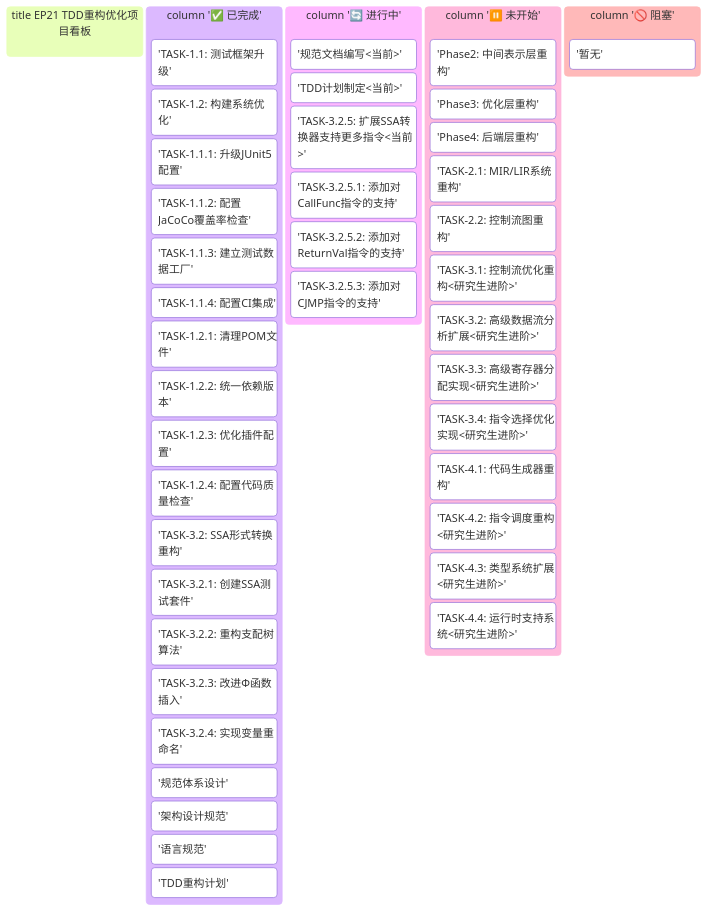
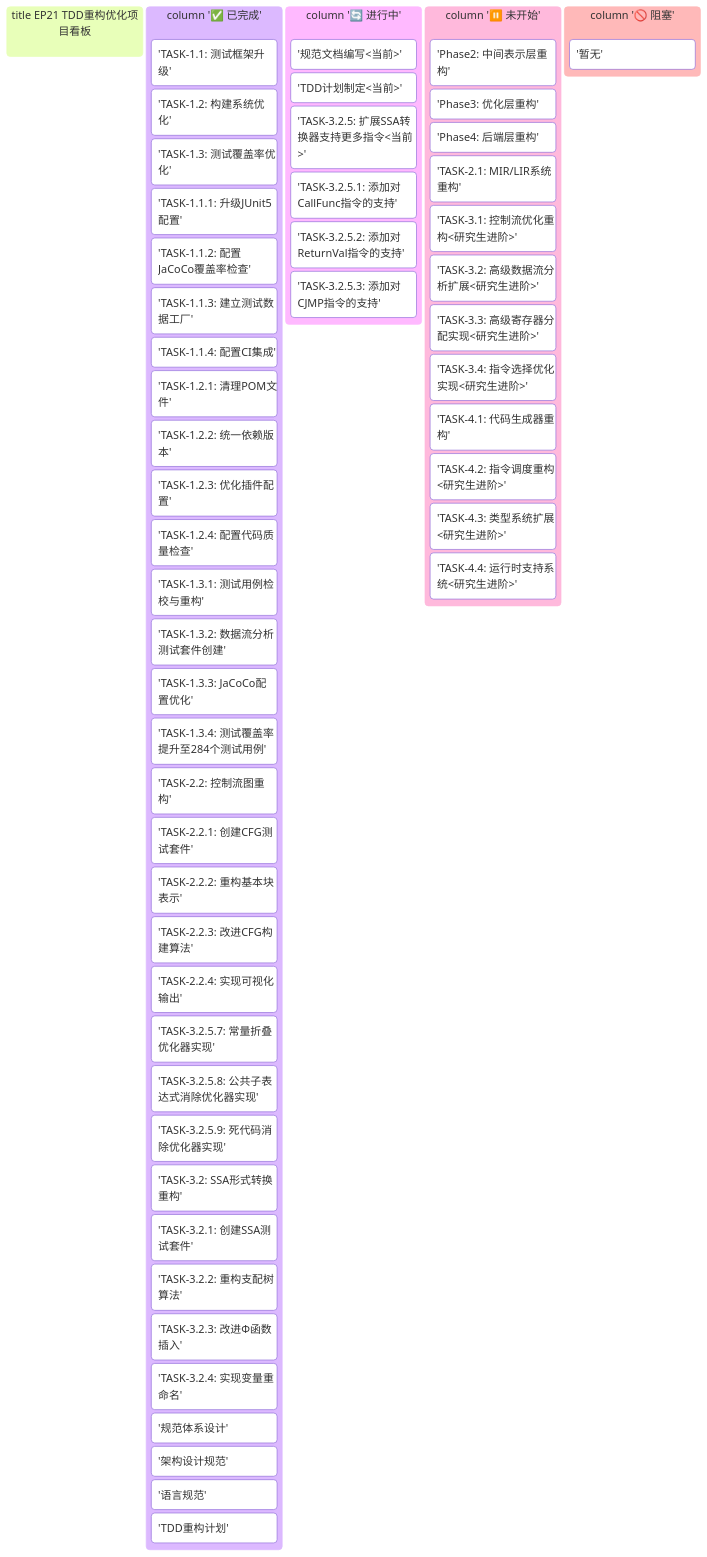
One commit to whtoo/How_to_implment_PL_in_Antlr4 changed the diagram in ep21/docs/TDD重构计划.md. Above: the diagram before and after it, drawn with Mermaid. The commit also changed other lines of this file and 21 other files, not shown here.

````diff
--- a/ep21/docs/TDD重构计划.md
+++ b/ep21/docs/TDD重构计划.md
@@ -14,51 +26,63 @@
 ```mermaid
 kanban
   title EP21 TDD重构优化项目看板
 
   column '✅ 已完成'
     'TASK-1.1: 测试框架升级'
     'TASK-1.2: 构建系统优化'
+    'TASK-1.3: 测试覆盖率优化'
     'TASK-1.1.1: 升级JUnit5配置'
     'TASK-1.1.2: 配置JaCoCo覆盖率检查'
     'TASK-1.1.3: 建立测试数据工厂'
     'TASK-1.1.4: 配置CI集成'
     'TASK-1.2.1: 清理POM文件'
     'TASK-1.2.2: 统一依赖版本'
     'TASK-1.2.3: 优化插件配置'
     'TASK-1.2.4: 配置代码质量检查'
+    'TASK-1.3.1: 测试用例检校与重构'
+    'TASK-1.3.2: 数据流分析测试套件创建'
+    'TASK-1.3.3: JaCoCo配置优化'
+    'TASK-1.3.4: 测试覆盖率提升至284个测试用例'
+    'TASK-2.2: 控制流图重构'
+    'TASK-2.2.1: 创建CFG测试套件'
+    'TASK-2.2.2: 重构基本块表示'
+    'TASK-2.2.3: 改进CFG构建算法'
+    'TASK-2.2.4: 实现可视化输出'
+    'TASK-3.2.5.7: 常量折叠优化器实现'
+    'TASK-3.2.5.8: 公共子表达式消除优化器实现'
+    'TASK-3.2.5.9: 死代码消除优化器实现'
     'TASK-3.2: SSA形式转换重构'
     'TASK-3.2.1: 创建SSA测试套件'
     'TASK-3.2.2: 重构支配树算法'
     'TASK-3.2.3: 改进Φ函数插入'
     'TASK-3.2.4: 实现变量重命名'
     '规范体系设计'
     '架构设计规范'
     '语言规范'
     'TDD重构计划'
 
   column '🔄 进行中'
     '规范文档编写<当前>'
     'TDD计划制定<当前>'
     'TASK-3.2.5: 扩展SSA转换器支持更多指令<当前>'
     'TASK-3.2.5.1: 添加对CallFunc指令的支持'
     'TASK-3.2.5.2: 添加对ReturnVal指令的支持'
     'TASK-3.2.5.3: 添加对CJMP指令的支持'
 
   column '⏸️ 未开始'
     'Phase2: 中间表示层重构'
     'Phase3: 优化层重构'
     'Phase4: 后端层重构'
     'TASK-2.1: MIR/LIR系统重构'
-    'TASK-2.2: 控制流图重构'
     'TASK-3.1: 控制流优化重构<研究生进阶>'
     'TASK-3.2: 高级数据流分析扩展<研究生进阶>'
     'TASK-3.3: 高级寄存器分配实现<研究生进阶>'
     'TASK-3.4: 指令选择优化实现<研究生进阶>'
     'TASK-4.1: 代码生成器重构'
     'TASK-4.2: 指令调度重构<研究生进阶>'
     'TASK-4.3: 类型系统扩展<研究生进阶>'
     'TASK-4.4: 运行时支持系统<研究生进阶>'
 
   column '🚫 阻塞'
     '暂无'
 ```
````
